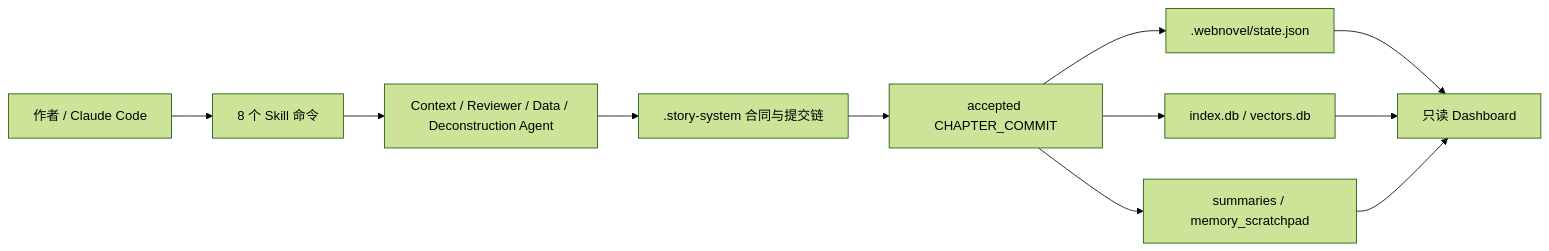
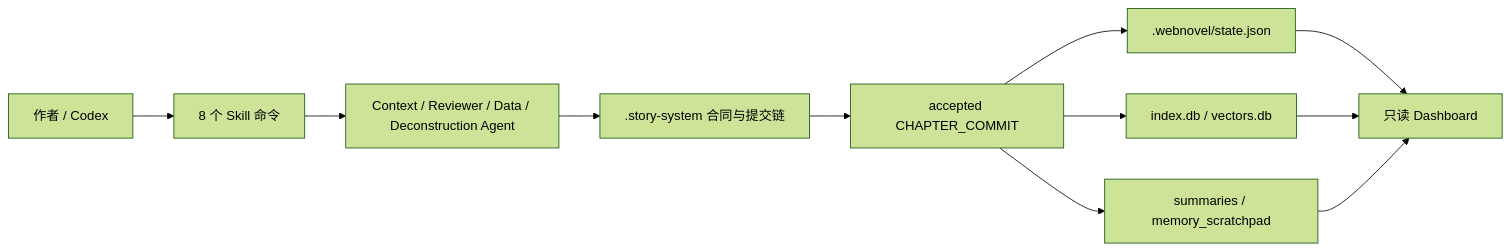
One commit to BinGess/webnovel-writer changed the diagram in README.md. Above: the diagram before and after it, drawn with Mermaid (forest theme). The commit also changed other lines of this file and 86 other files, not shown here.

````diff
--- a/README.md
+++ b/README.md
@@ -48,13 +48,13 @@
 ```mermaid
 flowchart LR
-    User[作者 / Claude Code] --> Skills[8 个 Skill 命令]
+    User[作者 / Codex] --> Skills[8 个 Skill 命令]
     Skills --> Agents[Context / Reviewer / Data / Deconstruction Agent]
     Agents --> Story[.story-system 合同与提交链]
     Story --> Commit[accepted CHAPTER_COMMIT]
     Commit --> State[.webnovel/state.json]
     Commit --> Index[index.db / vectors.db]
     Commit --> Summary[summaries / memory_scratchpad]
     State --> Dashboard[只读 Dashboard]
     Index --> Dashboard
     Summary --> Dashboard
 ```
````
